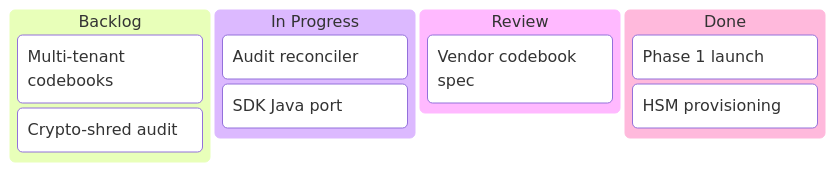
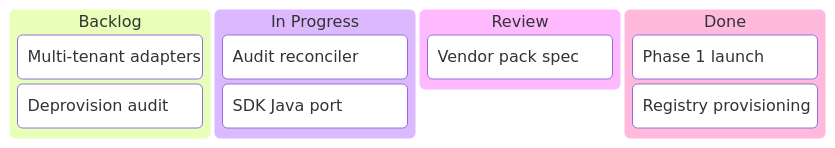
One commit to SlideWright/lattice changed diagram 19 of 25 in lib/components/diagram/diagram/diagram.gallery.md. Above: the diagram before and after it, drawn with Mermaid. The commit also changed other lines of this file and 75 other files, not shown here.

````diff
--- a/lib/components/diagram/diagram/diagram.gallery.md
+++ b/lib/components/diagram/diagram/diagram.gallery.md
@@ -565,14 +565,14 @@
 ```mermaid
 kanban
   Backlog
-    [Multi-tenant codebooks]
-    [Crypto-shred audit]
+    [Multi-tenant adapters]
+    [Deprovision audit]
   In Progress
     [Audit reconciler]
     [SDK Java port]
   Review
-    [Vendor codebook spec]
+    [Vendor pack spec]
   Done
     [Phase 1 launch]
-    [HSM provisioning]
+    [Registry provisioning]
 ```
````
